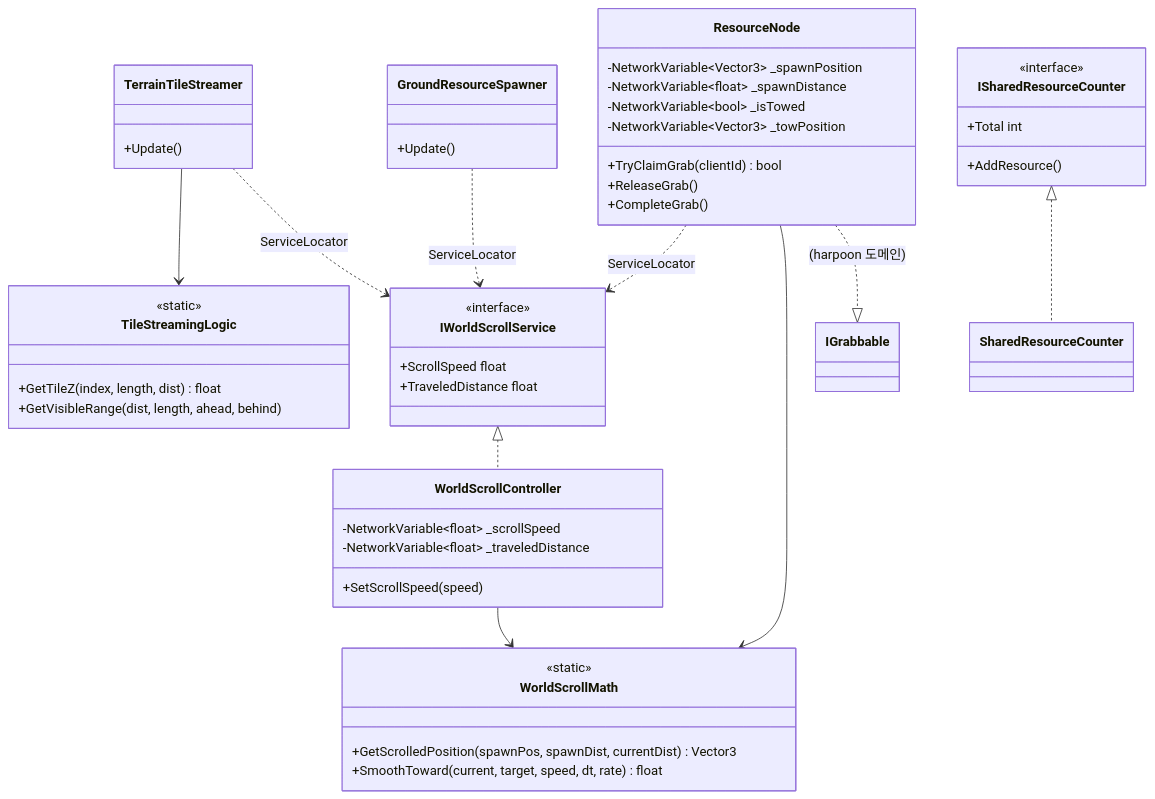
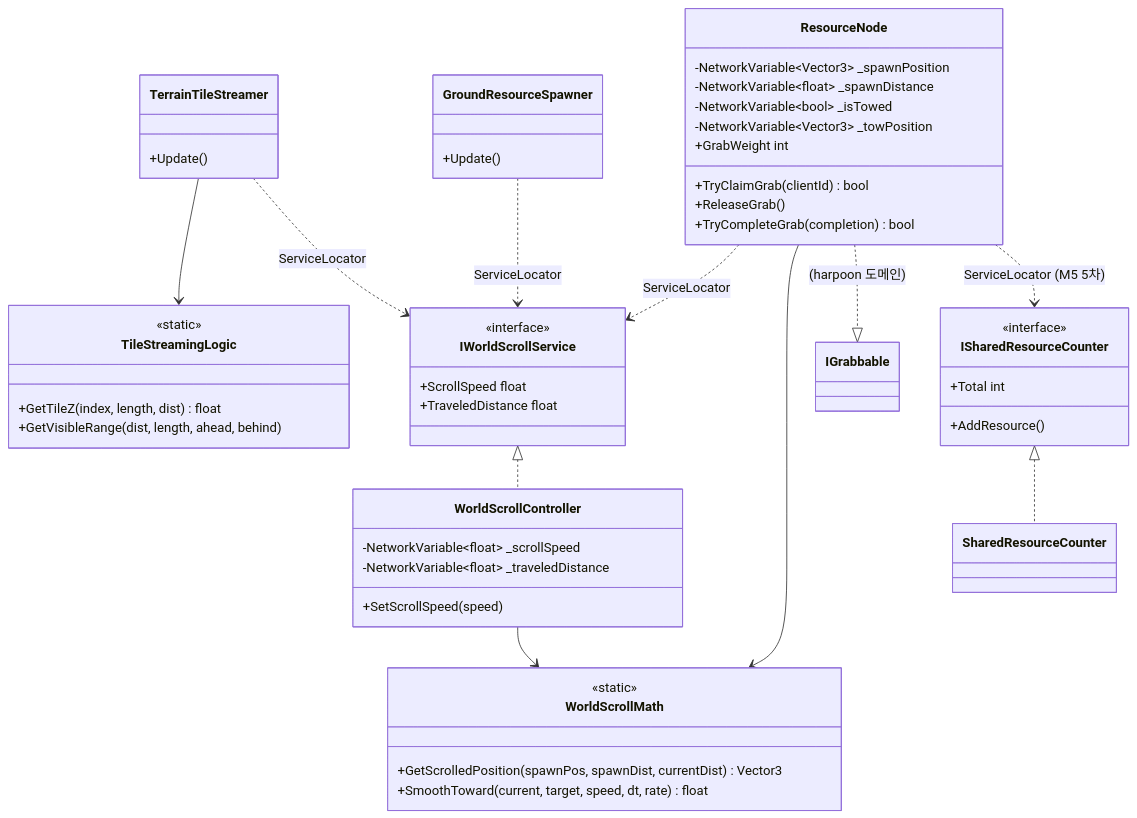
One commit to hanwoolhanwool/Train-Survival changed the first of 2 diagrams in docs/specs/world/scroll-and-streaming.md. Above: the diagram before and after it, drawn with Mermaid. The commit also changed other lines of this file and 4 other files, not shown here.

````diff
--- a/docs/specs/world/scroll-and-streaming.md
+++ b/docs/specs/world/scroll-and-streaming.md
@@ -45,52 +45,54 @@
 ```mermaid
 classDiagram
     class IWorldScrollService {
         <<interface>>
         +ScrollSpeed float
         +TraveledDistance float
     }
     class WorldScrollController {
         -NetworkVariable~float~ _scrollSpeed
         -NetworkVariable~float~ _traveledDistance
         +SetScrollSpeed(speed)
     }
     class WorldScrollMath {
         <<static>>
         +GetScrolledPosition(spawnPos, spawnDist, currentDist) Vector3
         +SmoothToward(current, target, speed, dt, rate) float
     }
     class TileStreamingLogic {
         <<static>>
         +GetTileZ(index, length, dist) float
         +GetVisibleRange(dist, length, ahead, behind)
     }
     class TerrainTileStreamer {
         +Update()
     }
     class ResourceNode {
         -NetworkVariable~Vector3~ _spawnPosition
         -NetworkVariable~float~ _spawnDistance
         -NetworkVariable~bool~ _isTowed
         -NetworkVariable~Vector3~ _towPosition
+        +GrabWeight int
         +TryClaimGrab(clientId) bool
         +ReleaseGrab()
-        +CompleteGrab()
+        +TryCompleteGrab(completion) bool
     }
     class GroundResourceSpawner {
         +Update()
     }
     class ISharedResourceCounter {
         <<interface>>
         +Total int
         +AddResource()
     }
     IWorldScrollService <|.. WorldScrollController
     WorldScrollController --> WorldScrollMath
     TerrainTileStreamer --> TileStreamingLogic
     TerrainTileStreamer ..> IWorldScrollService : ServiceLocator
     ResourceNode ..> IWorldScrollService : ServiceLocator
     ResourceNode --> WorldScrollMath
     ResourceNode ..|> IGrabbable : (harpoon 도메인)
+    ResourceNode ..> ISharedResourceCounter : ServiceLocator (M5 5차)
     GroundResourceSpawner ..> IWorldScrollService : ServiceLocator
     ISharedResourceCounter <|.. SharedResourceCounter
 ```
````
